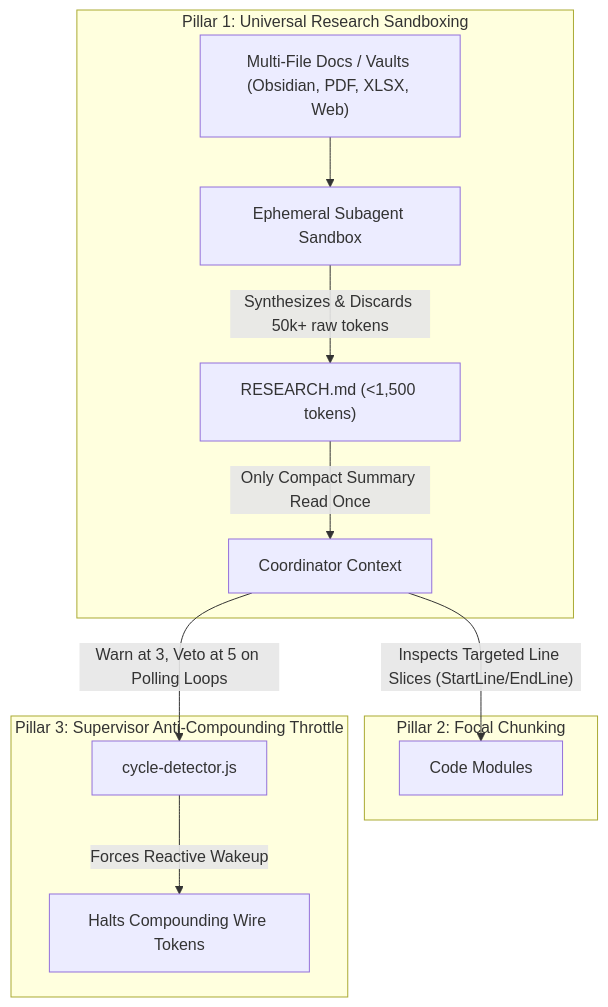
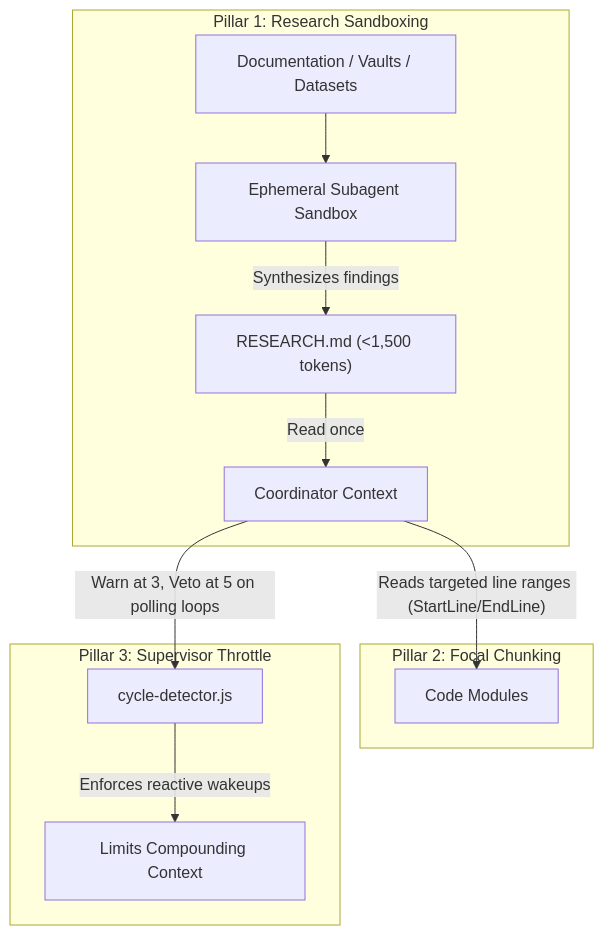
Before and after one commit to SamarVScode/AgentAegis_V2.0---Universal-Cognitive-Interceptor-and-Vetting-Harness: the diagram in README.md, drawn with Mermaid. The commit also changed other lines of this file and 8 other files, not shown here.

````diff
--- a/README.md
+++ b/README.md
@@ -70,17 +71,17 @@
 ```mermaid
 flowchart TD
-    subgraph Pillar1["Pillar 1: Universal Research Sandboxing"]
-        D["Multi-File Docs / Vaults (Obsidian, PDF, XLSX, Web)"] --> S["Ephemeral Subagent Sandbox"]
-        S -->|"Synthesizes & Discards 50k+ raw tokens"| R["RESEARCH.md (<1,500 tokens)"]
-        R -->|"Only Compact Summary Read Once"| C["Coordinator Context"]
+    subgraph Pillar1["Pillar 1: Research Sandboxing"]
+        D["Documentation / Vaults / Datasets"] --> S["Ephemeral Subagent Sandbox"]
+        S -->|"Synthesizes findings"| R["RESEARCH.md (<1,500 tokens)"]
+        R -->|"Read once"| C["Coordinator Context"]
     end
 
     subgraph Pillar2["Pillar 2: Focal Chunking"]
-        C -->|"Inspects Targeted Line Slices (StartLine/EndLine)"| F["Code Modules"]
+        C -->|"Reads targeted line ranges (StartLine/EndLine)"| F["Code Modules"]
     end
 
-    subgraph Pillar3["Pillar 3: Supervisor Anti-Compounding Throttle"]
-        C -->|"Warn at 3, Veto at 5 on Polling Loops"| T["cycle-detector.js"]
-        T -->|"Forces Reactive Wakeup"| W["Halts Compounding Wire Tokens"]
+    subgraph Pillar3["Pillar 3: Supervisor Throttle"]
+        C -->|"Warn at 3, Veto at 5 on polling loops"| T["cycle-detector.js"]
+        T -->|"Enforces reactive wakeups"| W["Limits Compounding Context"]
     end
 ```
````
